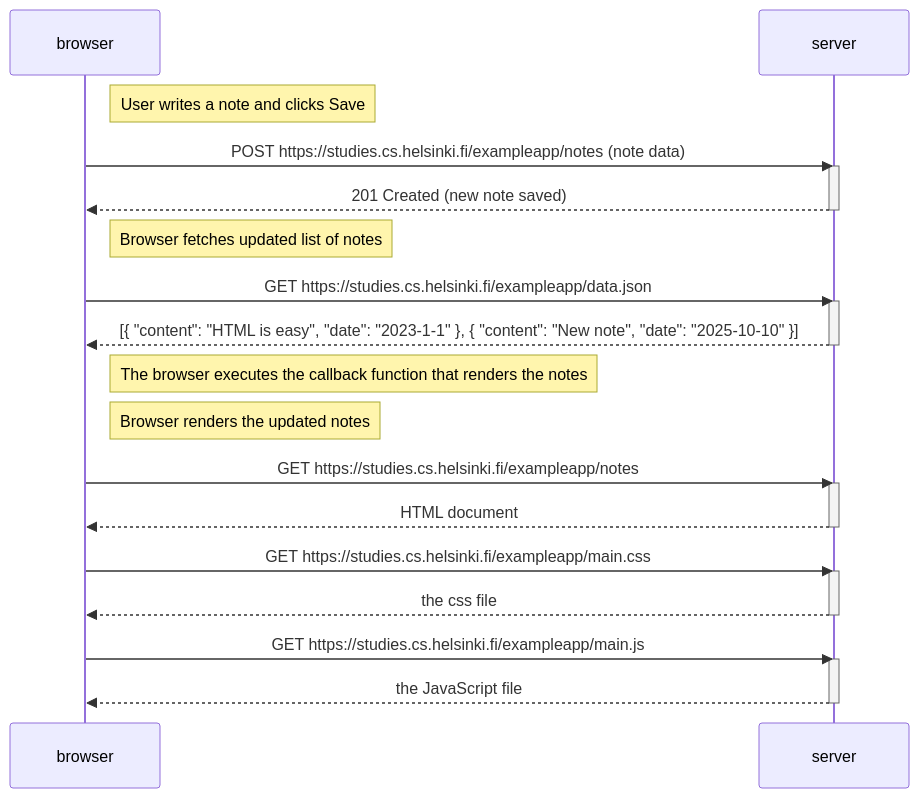
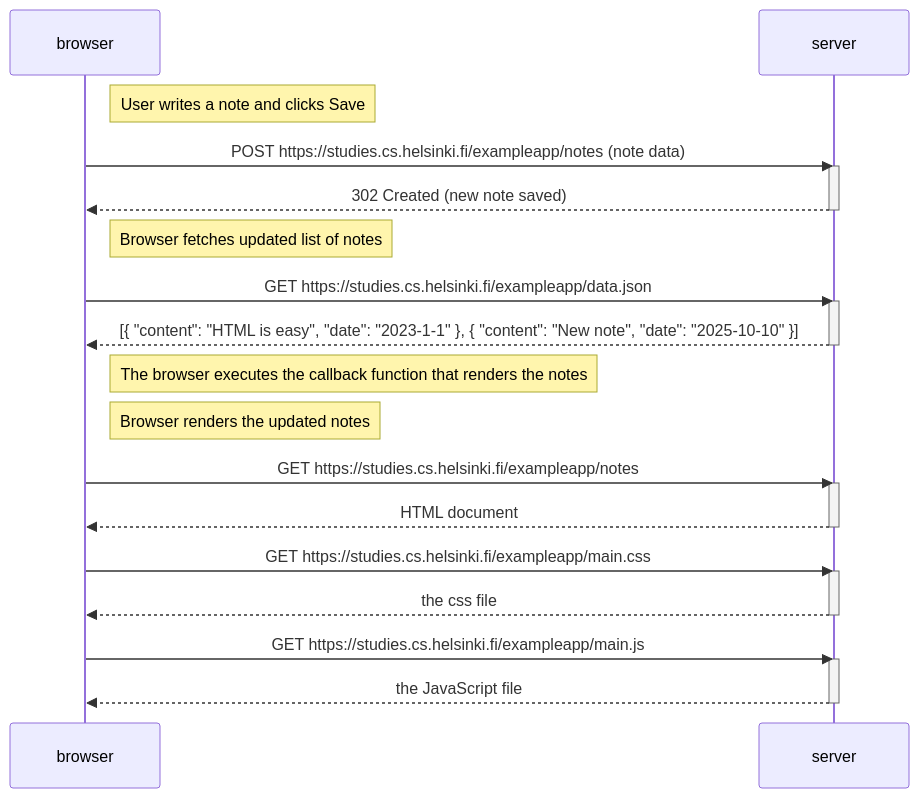
One commit to rypsoon/fullstack changed the diagram in part0/04.md. Above: the diagram before and after it, drawn with Mermaid.

Commit message:
Change response status from 201 to 302 for note save

````diff
--- a/part0/04.md
+++ b/part0/04.md
@@ -1,38 +1,38 @@
 ```mermaid
 sequenceDiagram
     participant browser
     participant server
 
     Note right of browser: User writes a note and clicks Save
 
     browser->>server: POST https://studies.cs.helsinki.fi/exampleapp/notes (note data)
     activate server
-    server-->>browser: 201 Created (new note saved)
+    server-->>browser: 302 Created (new note saved)
     deactivate server
 
     Note right of browser: Browser fetches updated list of notes
 
     browser->>server: GET https://studies.cs.helsinki.fi/exampleapp/data.json
     activate server
     server-->>browser: [{ "content": "HTML is easy", "date": "2023-1-1" }, { "content": "New note", "date": "2025-10-10" }]
     deactivate server
 
     Note right of browser: The browser executes the callback function that renders the notes
     Note right of browser: Browser renders the updated notes
 
     %% (Opcjonalnie: pobranie strony i zasobów — jeśli chcesz, mogę przywrócić te żądania na początek)
     browser->>server: GET https://studies.cs.helsinki.fi/exampleapp/notes
     activate server
     server-->>browser: HTML document
     deactivate server
 
     browser->>server: GET https://studies.cs.helsinki.fi/exampleapp/main.css
     activate server
     server-->>browser: the css file
     deactivate server
 
     browser->>server: GET https://studies.cs.helsinki.fi/exampleapp/main.js
     activate server
     server-->>browser: the JavaScript file
     deactivate server
 ```
````
